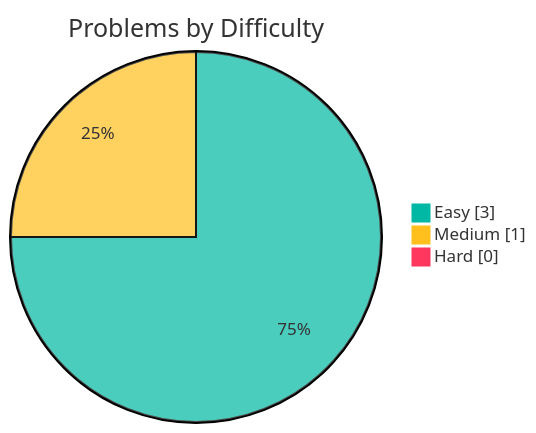
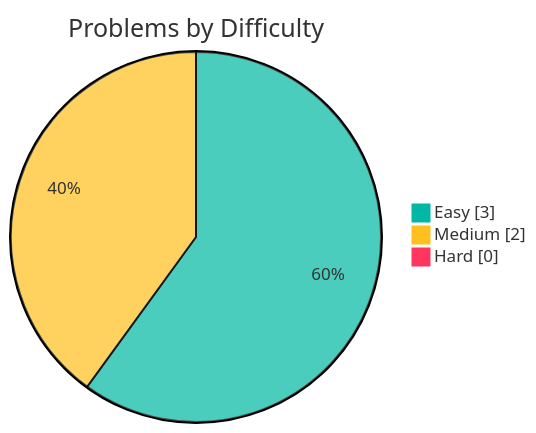
One commit to samy-D5/Leetcode changed the first of 2 diagrams in README.md. Above: the diagram before and after it, drawn with Mermaid. The commit also changed other lines of this file, not shown here.

````diff
--- a/README.md
+++ b/README.md
@@ -10,7 +10,7 @@
 ```mermaid
 %%{init: {"theme":"base","themeVariables":{"pie1":"#00b8a3","pie2":"#ffc01e","pie3":"#ff375f"}}}%%
 pie showData title Problems by Difficulty
     "Easy" : 3
-    "Medium" : 1
+    "Medium" : 2
     "Hard" : 0
 ```
````
